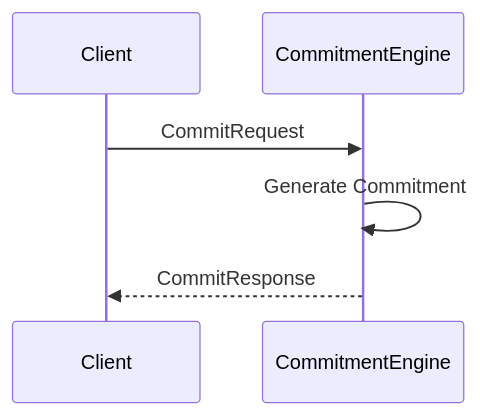
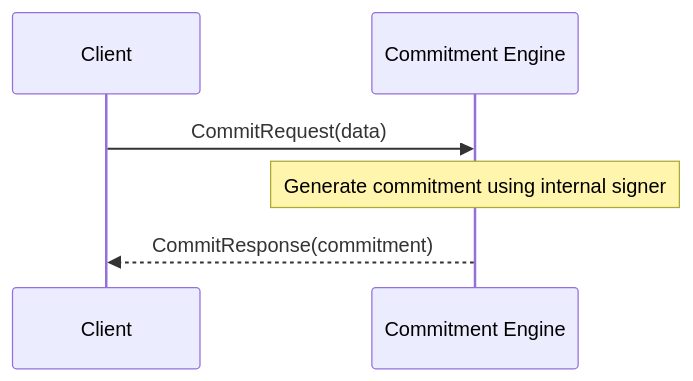
Before and after one commit to anoma/nspec: the diagram in docs/node_architecture/engines/commitment_overview.juvix.md, drawn with Mermaid. The commit also changed other lines of this file and 9 other files, not shown here.

Commit message:
Clearn up sequence diagrams

````diff
--- a/docs/node_architecture/engines/commitment_overview.juvix.md
+++ b/docs/node_architecture/engines/commitment_overview.juvix.md
@@ -81,9 +82,9 @@
 ```mermaid
 sequenceDiagram
-    participant Client
-    participant CommitmentEngine
+    participant C as Client
+    participant CE as Commitment Engine
 
-    Client ->> CommitmentEngine: CommitRequest
-    CommitmentEngine ->> CommitmentEngine: Generate Commitment
-    CommitmentEngine -->> Client: CommitResponse
+    C->>CE: CommitRequest(data)
+    Note over CE: Generate commitment using internal signer
+    CE-->>C: CommitResponse(commitment)
 ```
````
